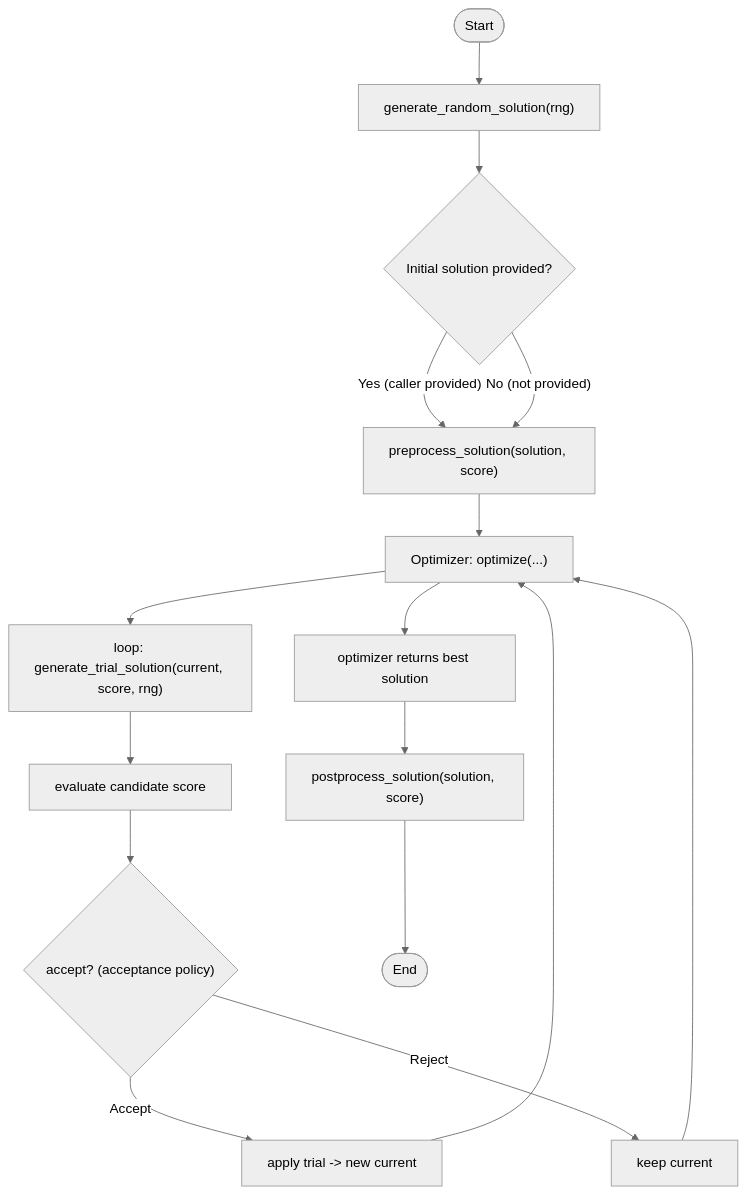
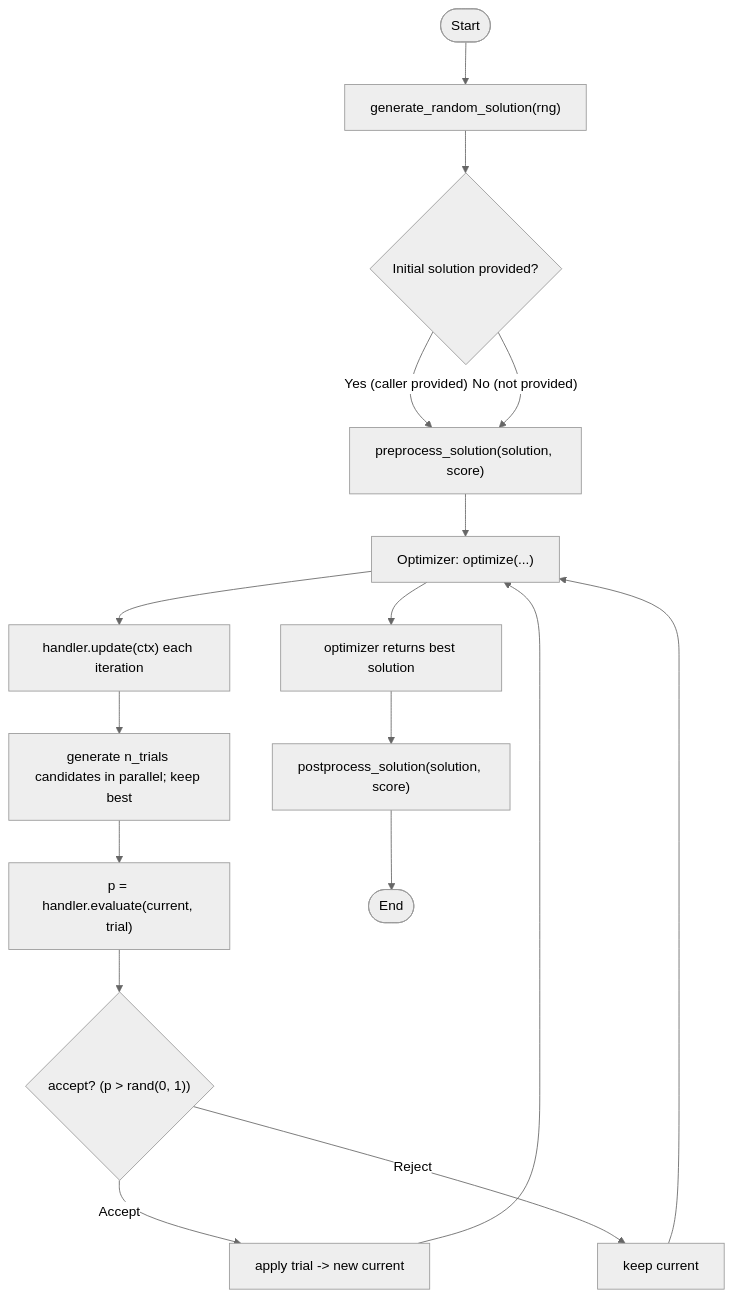
One commit to lucidfrontier45/localsearch changed the diagram in API.md. Above: the diagram before and after it, drawn with Mermaid (neutral theme). The commit also changed other lines of this file and 34 other files, not shown here.

````diff
--- a/API.md
+++ b/API.md
@@ -7,18 +8,19 @@
 ```mermaid
 flowchart TD
     Start([Start]) --> GenRand["generate_random_solution(rng)"]
     GenRand --> HasInitial{"Initial solution provided?"}
     HasInitial -- "Yes (caller provided)" --> Pre["preprocess_solution(solution, score)"]
     HasInitial -- "No (not provided)" --> Pre
     Pre --> Optim["Optimizer: optimize(...)"]
-    Optim --> LoopStart["loop: generate_trial_solution(current, score, rng)"]
-    LoopStart --> Eval["evaluate candidate score"]
-    Eval --> Decide{"accept? (acceptance policy)"}
+    Optim --> Update["handler.update(ctx) each iteration"]
+    Update --> LoopStart["generate n_trials candidates in parallel; keep best"]
+    LoopStart --> Eval["p = handler.evaluate(current, trial)"]
+    Eval --> Decide{"accept? (p > rand(0, 1))"}
     Decide -- "Accept" --> Apply["apply trial -> new current"]
     Decide -- "Reject" --> Continue["keep current"]
     Apply --> Optim
     Continue --> Optim
     Optim --> Result["optimizer returns best solution"]
     Result --> Post["postprocess_solution(solution, score)"]
     Post --> End([End])
 ```
````
